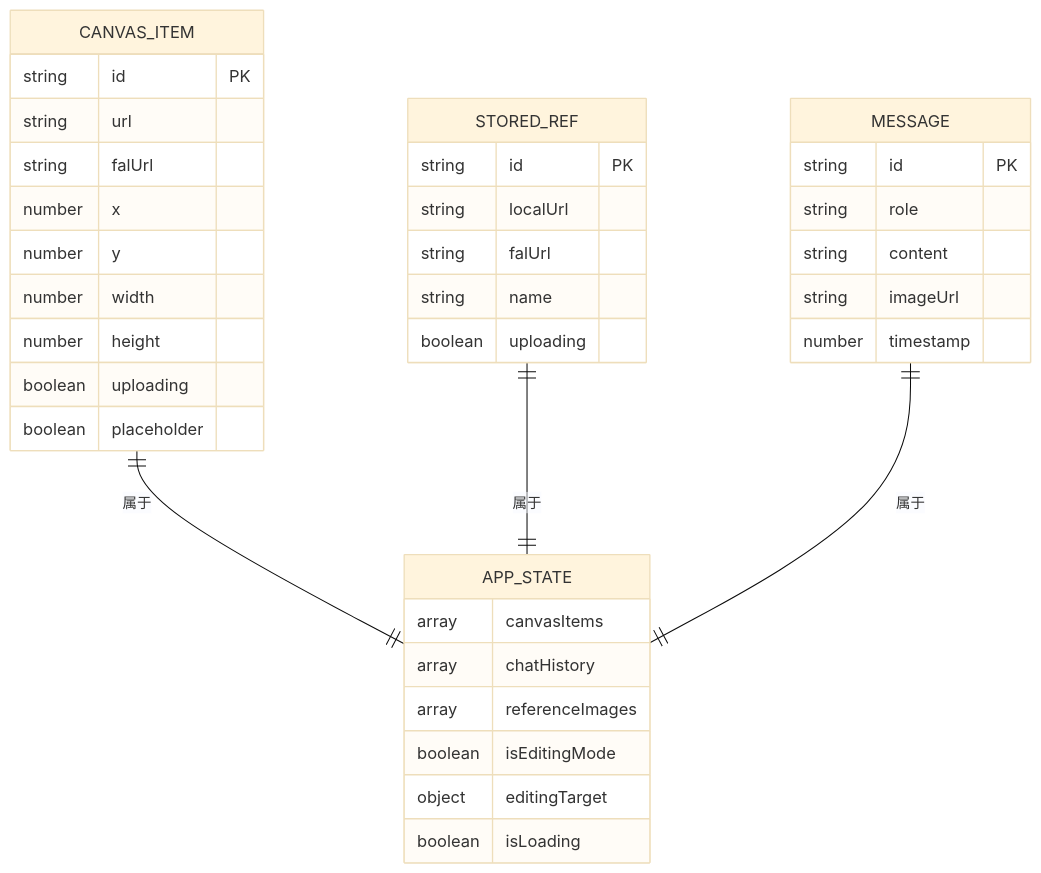
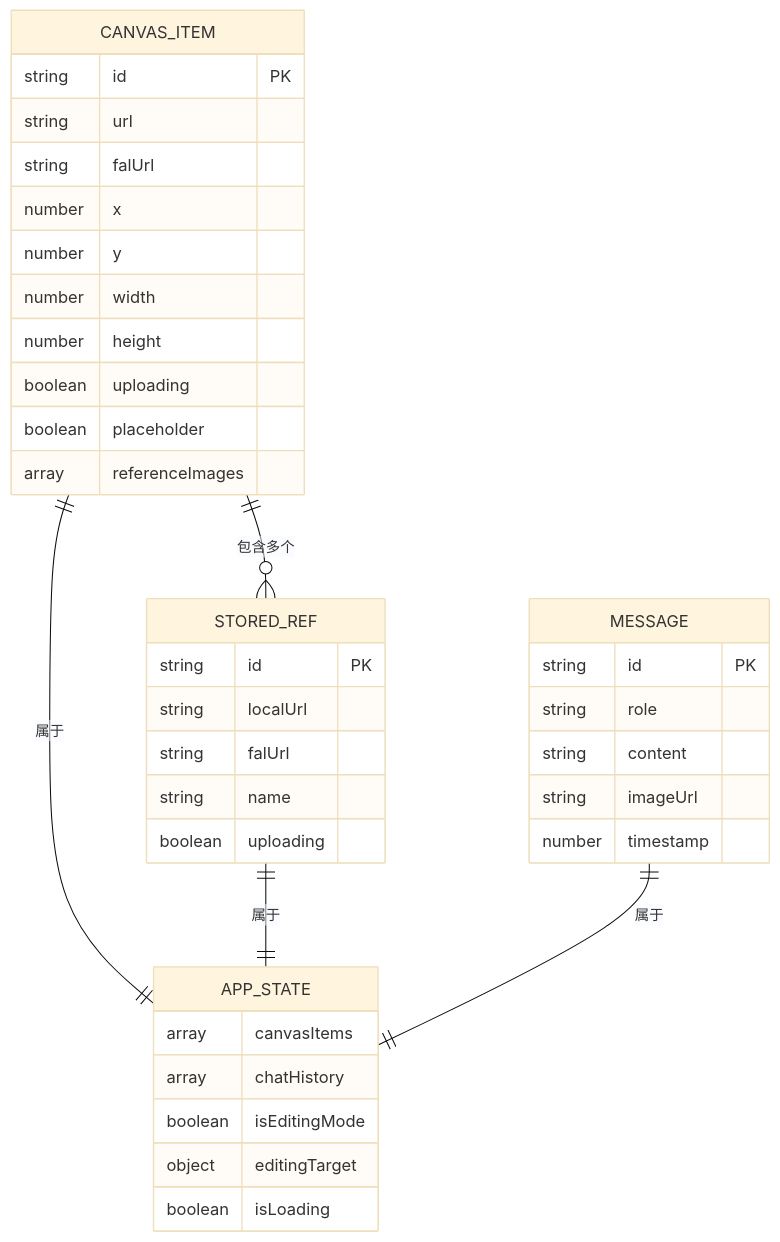
Before and after one commit to billye220670/BananaFlow2: the third of 16 diagrams in .qoder/repowiki/zh/content/状态管理系统.md, drawn with Mermaid (base theme). The commit also changed other lines of this file and 29 other files, not shown here.

````diff
--- a/.qoder/repowiki/zh/content/状态管理系统.md
+++ b/.qoder/repowiki/zh/content/状态管理系统.md
@@ -130,39 +140,40 @@
 ```mermaid
 erDiagram
 CANVAS_ITEM {
 string id PK
 string url
 string falUrl
 number x
 number y
 number width
 number height
 boolean uploading
 boolean placeholder
+array referenceImages
 }
 STORED_REF {
 string id PK
 string localUrl
 string falUrl
 string name
 boolean uploading
 }
 MESSAGE {
 string id PK
 string role
 string content
 string imageUrl
 number timestamp
 }
 APP_STATE {
 array canvasItems
 array chatHistory
-array referenceImages
 boolean isEditingMode
 object editingTarget
 boolean isLoading
 }
+CANVAS_ITEM ||--o{ STORED_REF : "包含多个"
 CANVAS_ITEM ||--|| APP_STATE : "属于"
 STORED_REF ||--|| APP_STATE : "属于"
 MESSAGE ||--|| APP_STATE : "属于"
 ```
````
